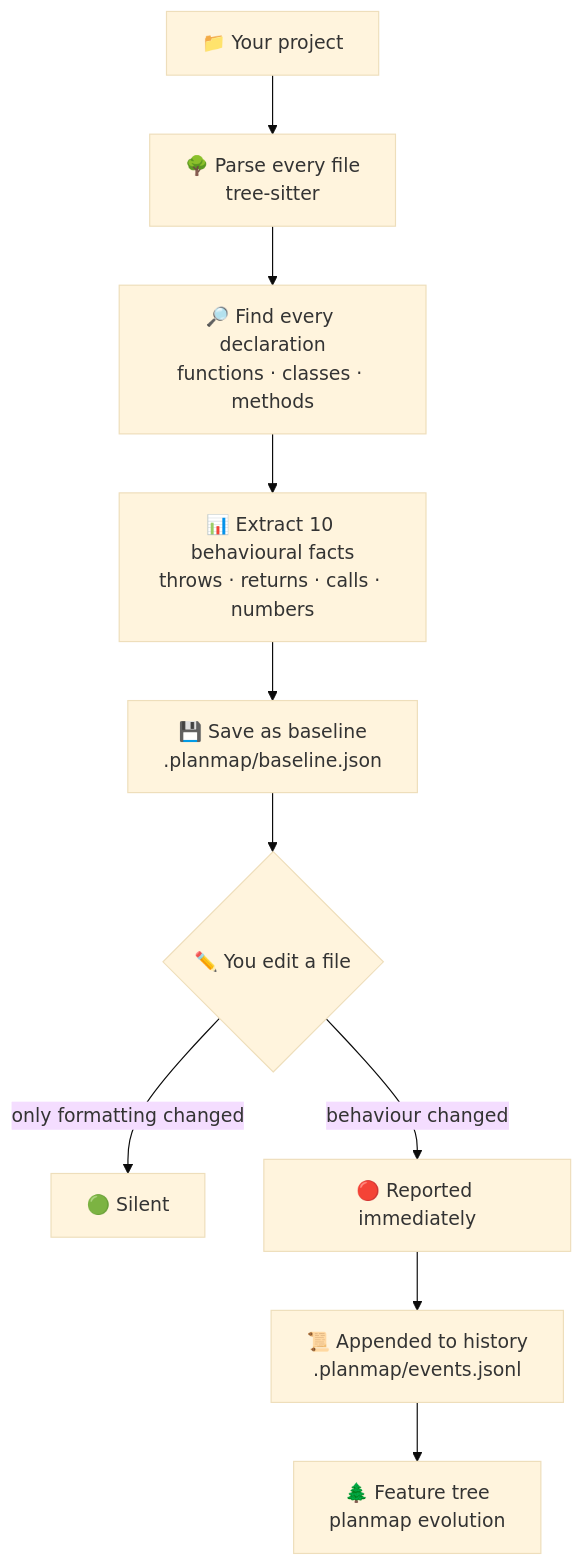
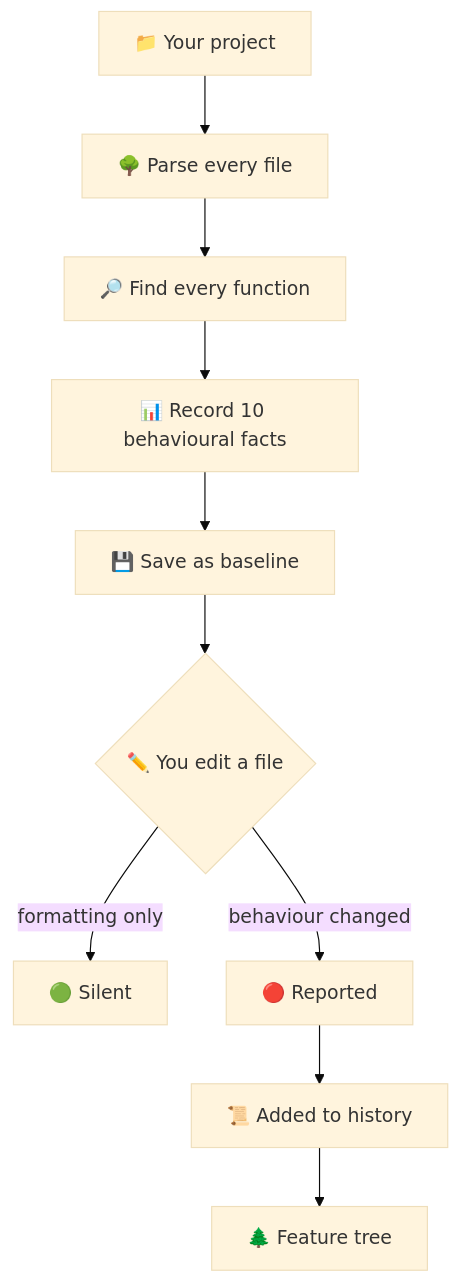
One commit to PlanMap-inc/CLI changed the diagram in README.md. Above: the diagram before and after it, drawn with Mermaid (base theme). The commit also changed other lines of this file, not shown here.

````diff
--- a/README.md
+++ b/README.md
@@ -63,12 +92,12 @@
 ```mermaid
 flowchart TD
-    A["📁 Your project"] --> B["🌳 Parse every file<br/>tree-sitter"]
-    B --> C["🔎 Find every declaration<br/>functions · classes · methods"]
-    C --> D["📊 Extract 10 behavioural facts<br/>throws · returns · calls · numbers"]
-    D --> E["💾 Save as baseline<br/>.planmap/baseline.json"]
+    A["📁 Your project"] --> B["🌳 Parse every file"]
+    B --> C["🔎 Find every function"]
+    C --> D["📊 Record 10 behavioural facts"]
+    D --> E["💾 Save as baseline"]
     E --> F{"✏️ You edit a file"}
-    F -->|"only formatting changed"| G["🟢 Silent"]
-    F -->|"behaviour changed"| H["🔴 Reported immediately"]
-    H --> I["📜 Appended to history<br/>.planmap/events.jsonl"]
-    I --> J["🌲 Feature tree<br/>planmap evolution"]
+    F -->|"formatting only"| G["🟢 Silent"]
+    F -->|"behaviour changed"| H["🔴 Reported"]
+    H --> I["📜 Added to history"]
+    I --> J["🌲 Feature tree"]
 ```
````
